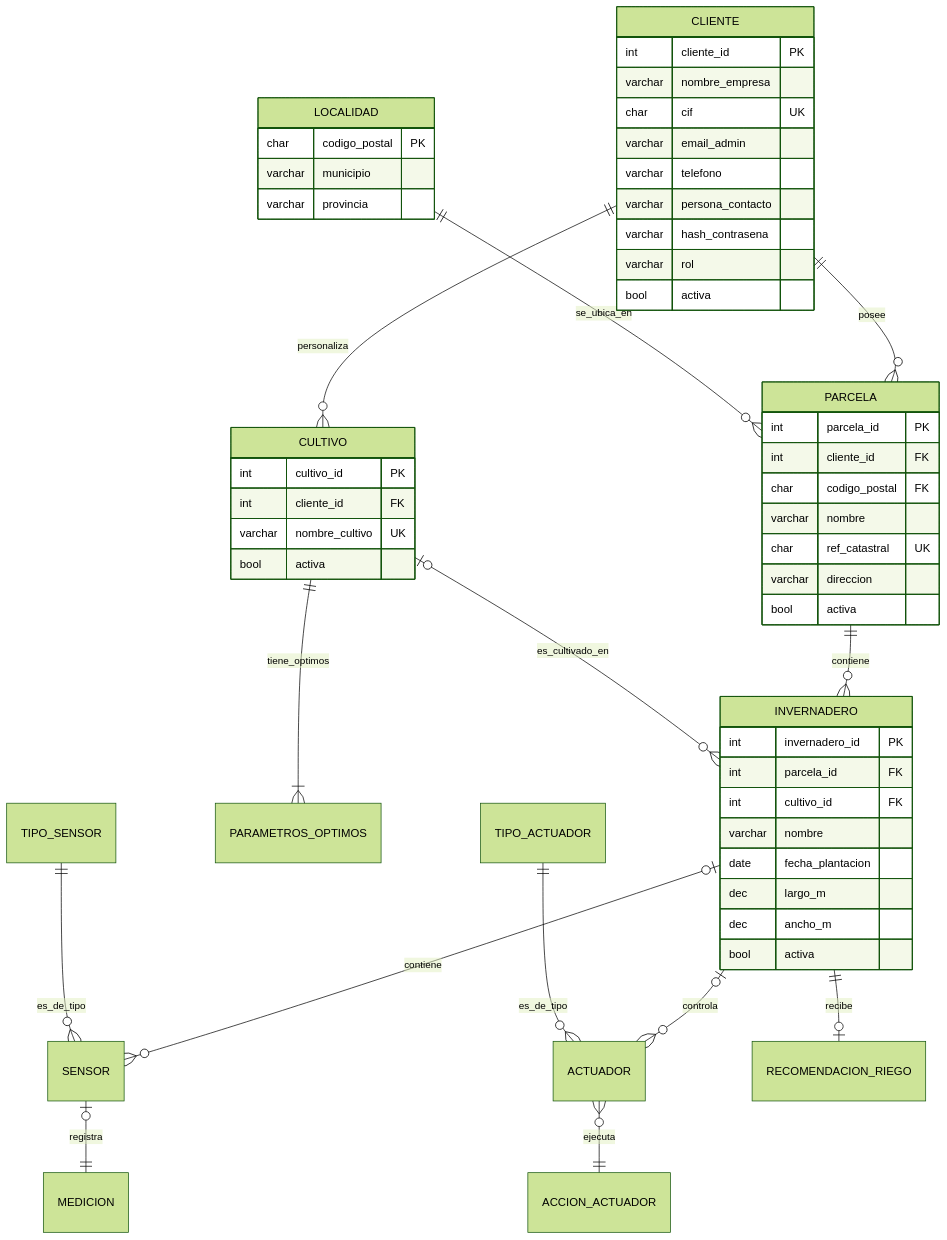
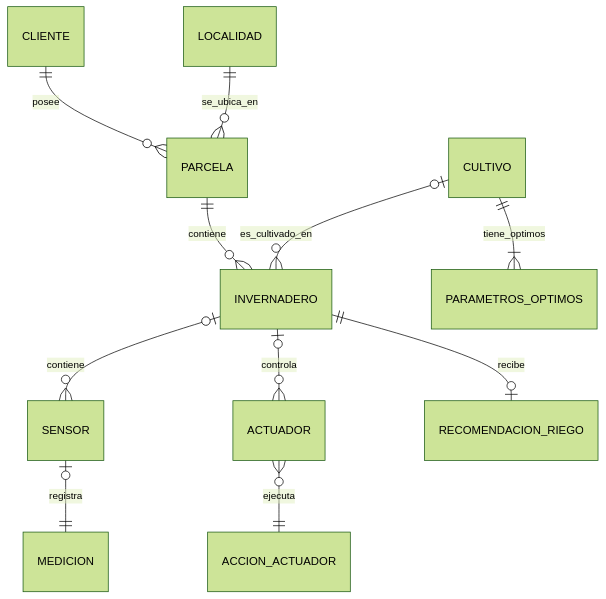
The diagram in README.md (JuanRisueno/Proyecto_SIRA), drawn with Mermaid (forest theme) before and after one commit. The commit also changed other lines of this file and 1 other file, not shown here.

````diff
--- a/README.md
+++ b/README.md
@@ -194,62 +95,13 @@
 ```mermaid
 erDiagram
     CLIENTE ||--o{ PARCELA : posee
     PARCELA ||--o{ INVERNADERO : contiene
     LOCALIDAD ||--o{ PARCELA : se_ubica_en
     INVERNADERO o|--o{ SENSOR : contiene
     INVERNADERO o|--o{ ACTUADOR : controla
     INVERNADERO ||--o| RECOMENDACION_RIEGO : recibe
     CULTIVO o|--o{ INVERNADERO : es_cultivado_en
     CULTIVO ||--|{ PARAMETROS_OPTIMOS : tiene_optimos
     SENSOR o|--|| MEDICION : registra
     ACTUADOR o{--|| ACCION_ACTUADOR : ejecuta
-    TIPO_SENSOR ||--o{ SENSOR : es_de_tipo
-    TIPO_ACTUADOR ||--o{ ACTUADOR : es_de_tipo
-    CLIENTE ||--o{ CULTIVO : personaliza
-
-    CLIENTE {
-        int cliente_id PK
-        varchar nombre_empresa
-        char cif UK
-        varchar email_admin
-        varchar telefono
-        varchar persona_contacto
-        varchar hash_contrasena
-        varchar rol
-        bool activa
-    }
-
-    LOCALIDAD {
-        char codigo_postal PK
-        varchar municipio
-        varchar provincia
-    }
-
-    PARCELA {
-        int parcela_id PK
-        int cliente_id FK
-        char codigo_postal FK
-        varchar nombre
-        char ref_catastral UK
-        varchar direccion
-        bool activa
-    }
-
-    INVERNADERO {
-        int invernadero_id PK
-        int parcela_id FK
-        int cultivo_id FK
-        varchar nombre
-        date fecha_plantacion
-        dec largo_m
-        dec ancho_m
-        bool activa
-    }
-
-    CULTIVO {
-        int cultivo_id PK
-        int cliente_id FK
-        varchar nombre_cultivo UK
-        bool activa
-    }
 ```
````
